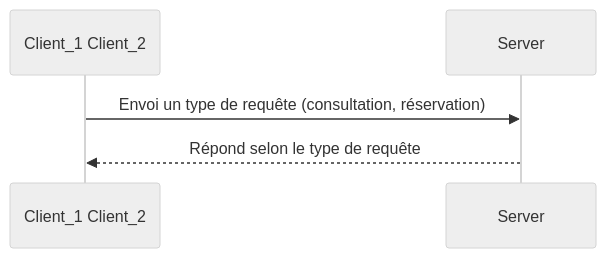
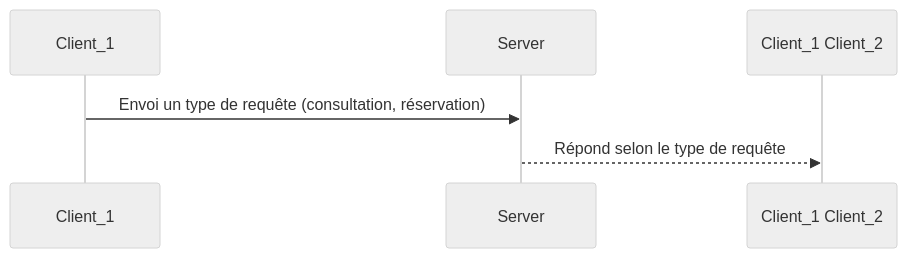
Before and after one commit to laize-loucia/movie_booking: the first of 3 diagrams in README.md, drawn with Mermaid (neutral theme).

````diff
--- a/README.md
+++ b/README.md
@@ -5,6 +5,6 @@
 ```mermaid
 sequenceDiagram
 
-    Client_1 Client_2->>Server: Envoi un type de requête (consultation, réservation)
+    Client_1 ->>Server: Envoi un type de requête (consultation, réservation)
     Server-->>Client_1 Client_2: Répond selon le type de requête
 ```
````
